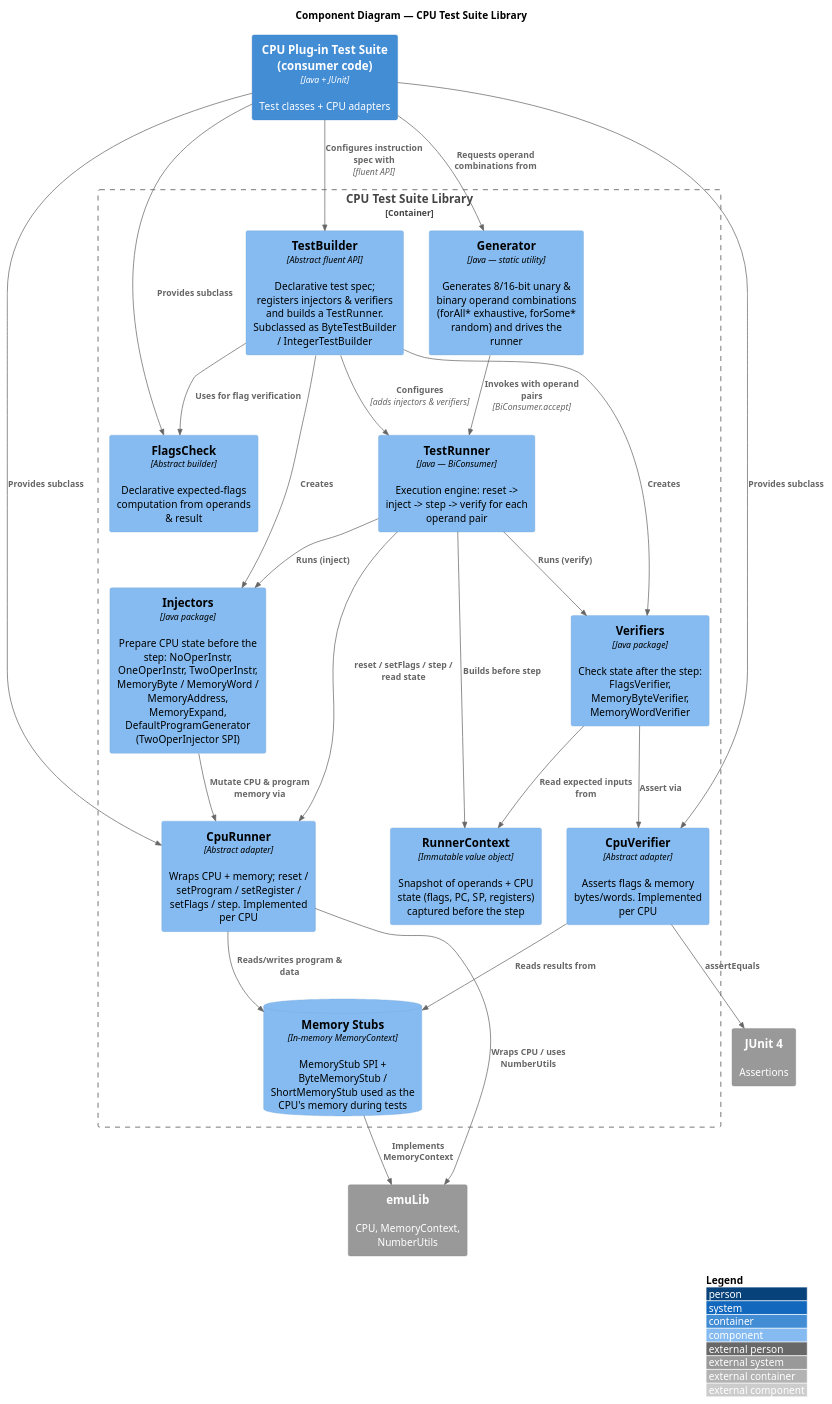
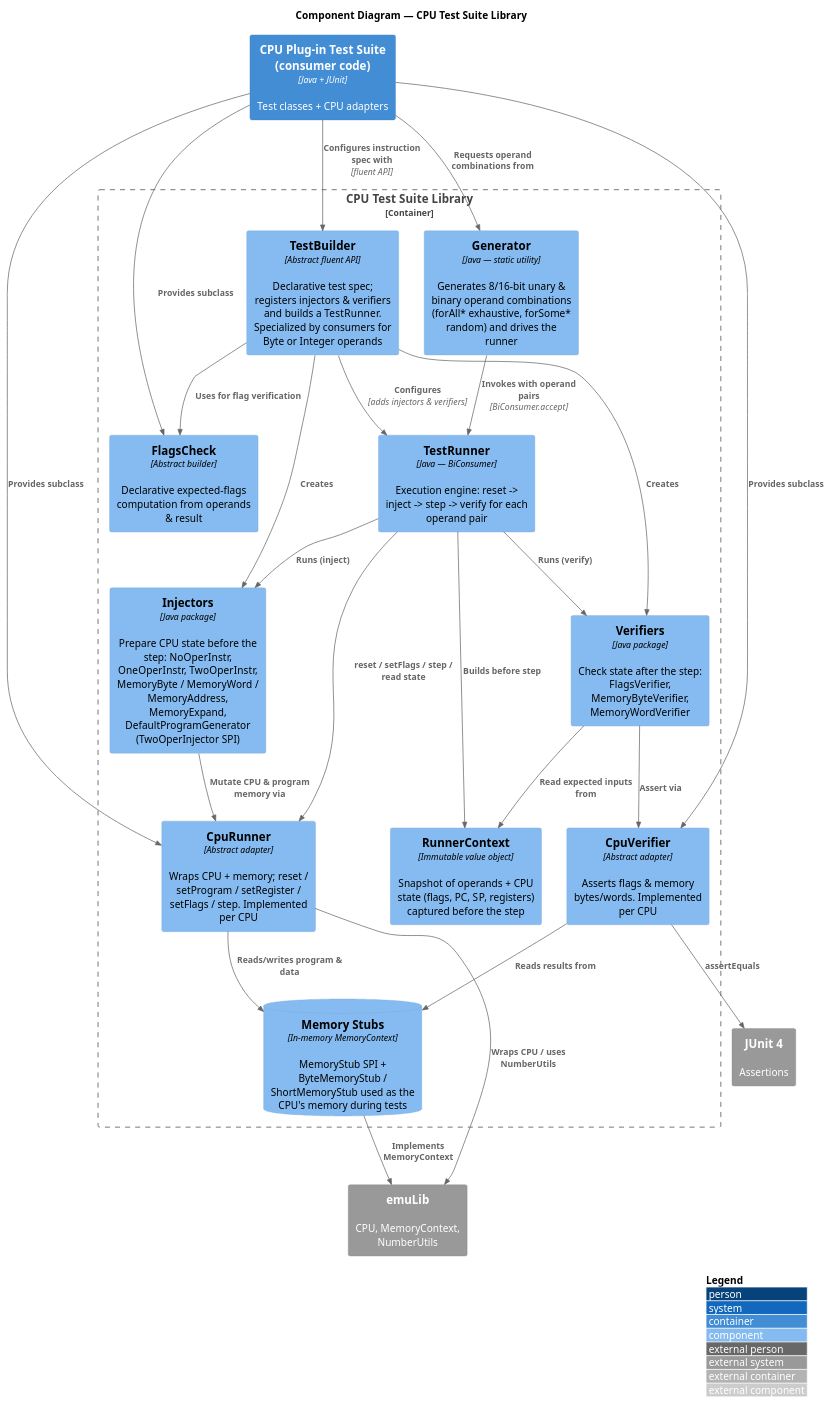
Before and after one commit to emustudio/cpu-testsuite: the diagram in docs/c4/03-component.adoc, drawn with PlantUML. The commit also changed other lines of this file and 16 other files, not shown here.

```diff
--- a/docs/c4/03-component.adoc
+++ b/docs/c4/03-component.adoc
@@ -8,56 +8,56 @@
 [plantuml,c4-component,svg]
 ----
 @startuml
 !include <C4/C4_Component>
 LAYOUT_WITH_LEGEND()
 
 title Component Diagram — CPU Test Suite Library
 
 Container(tests, "CPU Plug-in Test Suite (consumer code)", "Java + JUnit", "Test classes + CPU adapters")
 System_Ext(emulib, "emuLib", "CPU, MemoryContext, NumberUtils")
 System_Ext(junit, "JUnit 4", "Assertions")
 
 Container_Boundary(lib, "CPU Test Suite Library") {
 
     Component(generator, "Generator", "Java — static utility", "Generates 8/16-bit unary & binary operand combinations (forAll* exhaustive, forSome* random) and drives the runner")
-    Component(builder, "TestBuilder", "Abstract fluent API", "Declarative test spec; registers injectors & verifiers and builds a TestRunner. Subclassed as ByteTestBuilder / IntegerTestBuilder")
+    Component(builder, "TestBuilder", "Abstract fluent API", "Declarative test spec; registers injectors & verifiers and builds a TestRunner. Specialized by consumers for Byte or Integer operands")
     Component(runner, "TestRunner", "Java — BiConsumer", "Execution engine: reset -> inject -> step -> verify for each operand pair")
     Component(context, "RunnerContext", "Immutable value object", "Snapshot of operands + CPU state (flags, PC, SP, registers) captured before the step")
 
     Component(cpurunner, "CpuRunner", "Abstract adapter", "Wraps CPU + memory; reset / setProgram / setRegister / setFlags / step. Implemented per CPU")
     Component(cpuverifier, "CpuVerifier", "Abstract adapter", "Asserts flags & memory bytes/words. Implemented per CPU")
     Component(flagscheck, "FlagsCheck", "Abstract builder", "Declarative expected-flags computation from operands & result")
 
     Component(injectors, "Injectors", "Java package", "Prepare CPU state before the step: NoOperInstr, OneOperInstr, TwoOperInstr, MemoryByte / MemoryWord / MemoryAddress, MemoryExpand, DefaultProgramGenerator (TwoOperInjector SPI)")
     Component(verifiers, "Verifiers", "Java package", "Check state after the step: FlagsVerifier, MemoryByteVerifier, MemoryWordVerifier")
     ComponentDb(memory, "Memory Stubs", "In-memory MemoryContext", "MemoryStub SPI + ByteMemoryStub / ShortMemoryStub used as the CPU's memory during tests")
 }
 
 Rel(tests, builder, "Configures instruction spec with", "fluent API")
 Rel(tests, generator, "Requests operand combinations from")
 Rel(tests, cpurunner, "Provides subclass")
 Rel(tests, cpuverifier, "Provides subclass")
 Rel(tests, flagscheck, "Provides subclass")
 
 Rel(generator, runner, "Invokes with operand pairs", "BiConsumer.accept")
 Rel(builder, runner, "Configures", "adds injectors & verifiers")
 Rel(builder, injectors, "Creates")
 Rel(builder, verifiers, "Creates")
 Rel(builder, flagscheck, "Uses for flag verification")
 
 Rel(runner, cpurunner, "reset / setFlags / step / read state")
 Rel(runner, context, "Builds before step")
 Rel(runner, injectors, "Runs (inject)")
 Rel(runner, verifiers, "Runs (verify)")
 
 Rel(injectors, cpurunner, "Mutate CPU & program memory via")
 Rel(verifiers, cpuverifier, "Assert via")
 Rel(verifiers, context, "Read expected inputs from")
 
 Rel(cpurunner, memory, "Reads/writes program & data")
 Rel(cpuverifier, memory, "Reads results from")
 Rel(cpurunner, emulib, "Wraps CPU / uses NumberUtils")
 Rel(memory, emulib, "Implements MemoryContext")
 Rel(cpuverifier, junit, "assertEquals")
 @enduml
 ----
```
